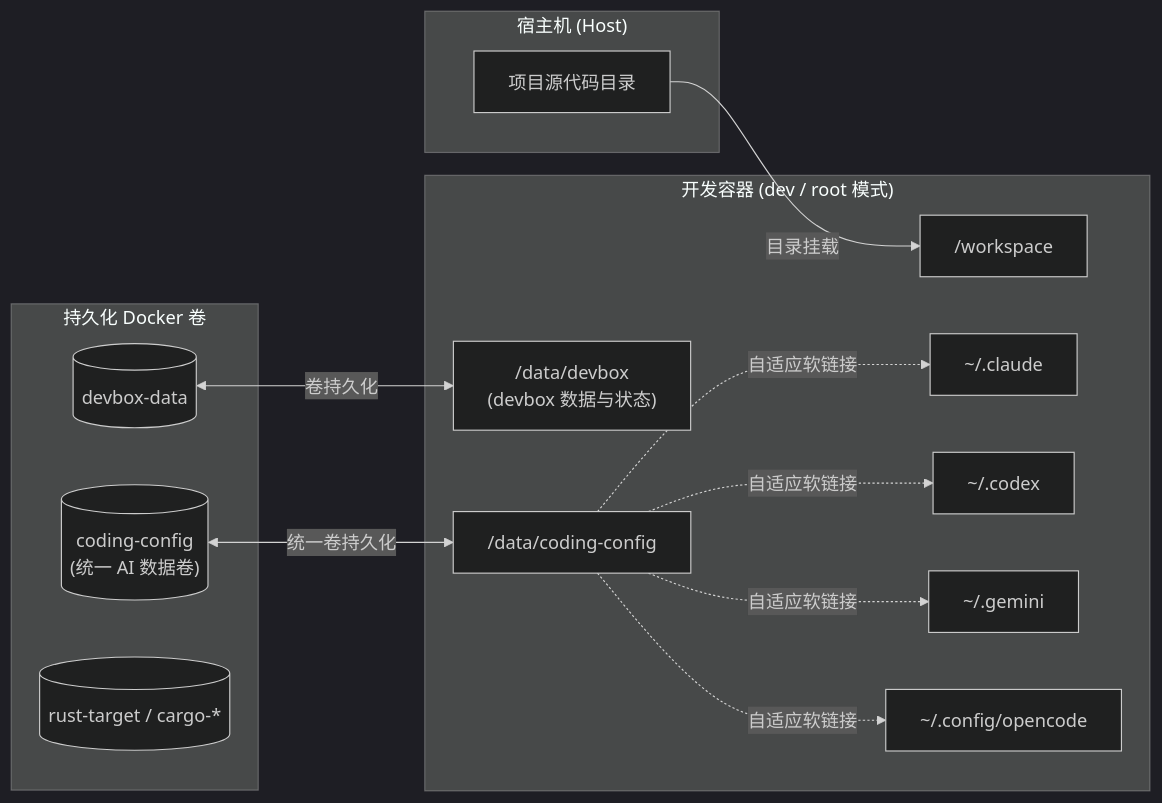
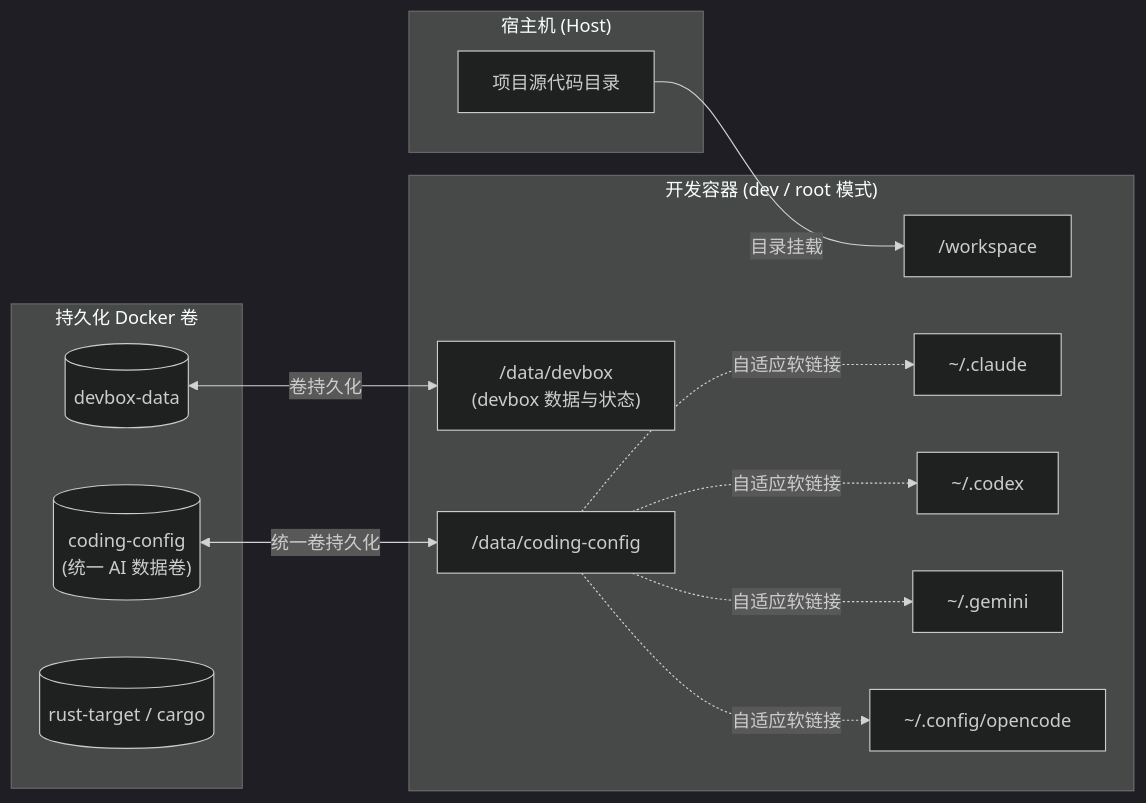
The fourth of 5 diagrams in README.md (shaogme/coding-images), drawn with Mermaid (dark theme) before and after one commit. The commit also changed other lines of this file and 13 other files, not shown here.

````diff
--- a/README.md
+++ b/README.md
@@ -369,30 +369,30 @@
 ```mermaid
 flowchart LR
     subgraph Host["宿主机 (Host)"]
         Code["项目源代码目录"]
     end
 
     subgraph Volumes["持久化 Docker 卷"]
         V0[("devbox-data")]
         VAI[("coding-config<br/>(统一 AI 数据卷)")]
-        VRust[("rust-target / cargo-*")]
+        VRust[("rust-target / cargo")]
     end
 
     subgraph DevContainer["开发容器 (dev / root 模式)"]
         WS["/workspace"]
         DataDevbox["/data/devbox<br/>(devbox 数据与状态)"]
         Data["/data/coding-config"]
         P1["~/.claude"]
         P2["~/.codex"]
         P3["~/.gemini"]
         P4["~/.config/opencode"]
     end
 
     Code -->|目录挂载| WS
     V0 <-->|卷持久化| DataDevbox
     VAI <-->|统一卷持久化| Data
     Data -.->|自适应软链接| P1
     Data -.->|自适应软链接| P2
     Data -.->|自适应软链接| P3
     Data -.->|自适应软链接| P4
 ```
````
